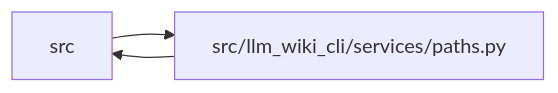
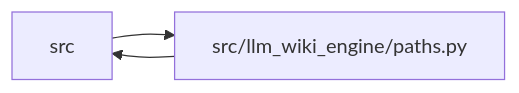
One commit to Denissvgn/python-wiki-llm changed the diagram in docs/llm_wiki/modules/paths.md. Above: the diagram before and after it, drawn with Mermaid. The commit also changed other lines of this file and 1103 other files, not shown here.

First line of the commit message:
docs: refresh the wiki for the llm-wiki-engine distribution

````diff
--- a/docs/llm_wiki/modules/paths.md
+++ b/docs/llm_wiki/modules/paths.md
@@ -21,8 +21,8 @@
 ```mermaid
 flowchart LR
     n0["src"]
-    n1["src/llm_wiki_cli/services/paths.py"]
+    n1["src/llm_wiki_engine/paths.py"]
     n0 --> n1
     n1 --> n0
     click n1 "../modules/paths.md"
 ```
````
